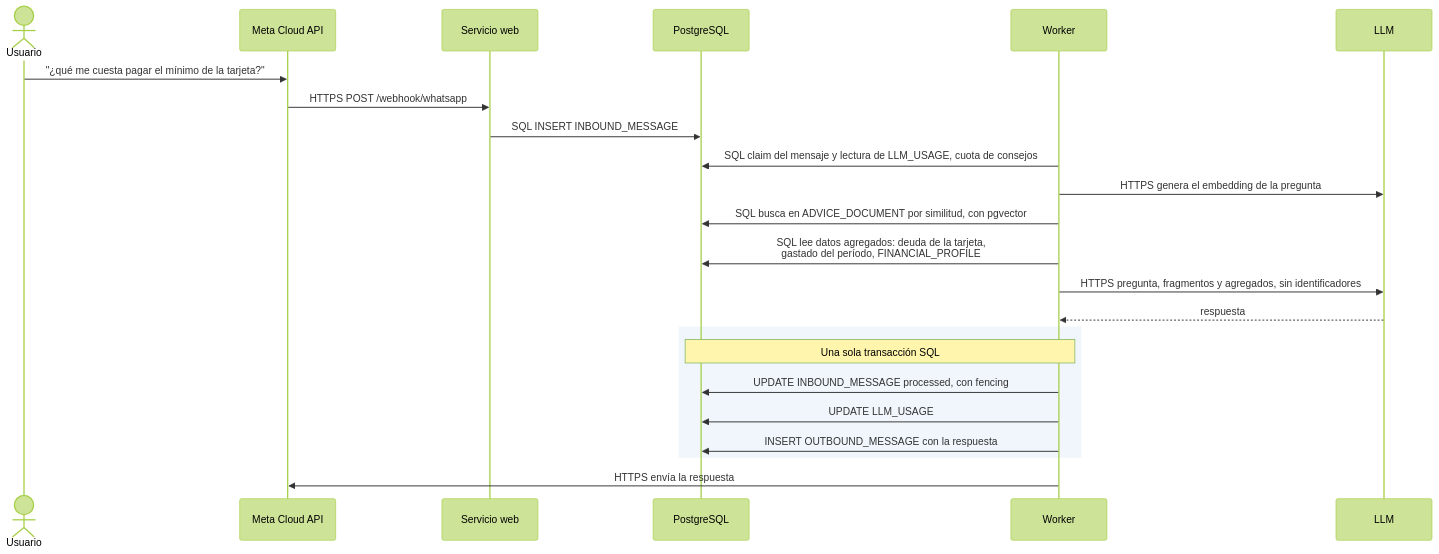
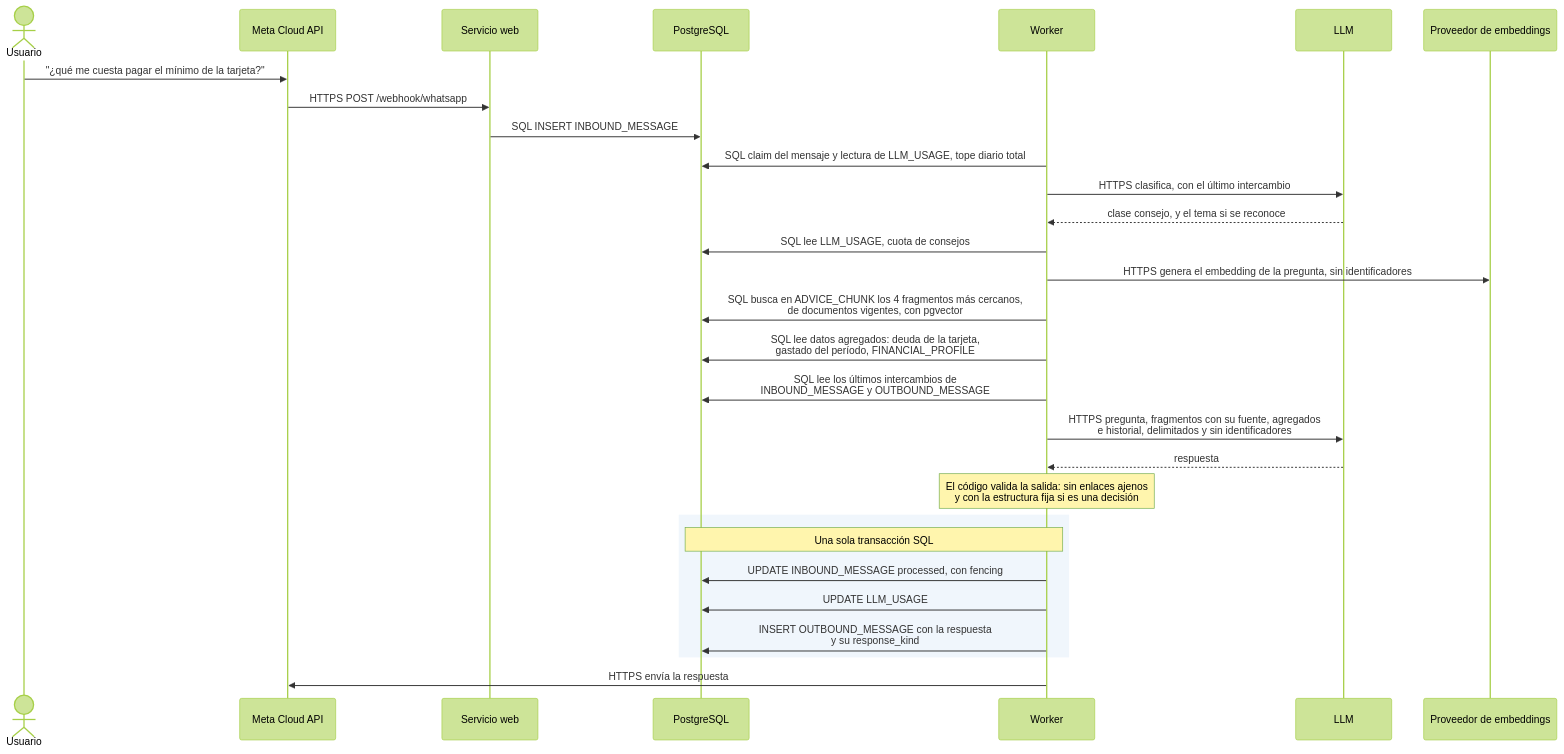
The tenth of 12 diagrams in docs/recorrido-completo.md (verozacarias-prog/AI4Devs-finalproject), drawn with Mermaid (forest theme) before and after one commit. The commit also changed other lines of this file and 25 other files, not shown here.

````diff
--- a/docs/recorrido-completo.md
+++ b/docs/recorrido-completo.md
@@ -382,26 +433,32 @@
 ```mermaid
 sequenceDiagram
     actor U as Usuario
     participant M as Meta Cloud API
     participant API as Servicio web
     participant DB as PostgreSQL
     participant W as Worker
     participant L as LLM
+    participant E as Proveedor de embeddings
 
     U->>M: "¿qué me cuesta pagar el mínimo de la tarjeta?"
     M->>API: HTTPS POST /webhook/whatsapp
     API->>DB: SQL INSERT INBOUND_MESSAGE
-    W->>DB: SQL claim del mensaje y lectura de LLM_USAGE, cuota de consejos
-    W->>L: HTTPS genera el embedding de la pregunta
-    W->>DB: SQL busca en ADVICE_DOCUMENT por similitud, con pgvector
+    W->>DB: SQL claim del mensaje y lectura de LLM_USAGE, tope diario total
+    W->>L: HTTPS clasifica, con el último intercambio
+    L-->>W: clase consejo, y el tema si se reconoce
+    W->>DB: SQL lee LLM_USAGE, cuota de consejos
+    W->>E: HTTPS genera el embedding de la pregunta, sin identificadores
+    W->>DB: SQL busca en ADVICE_CHUNK los 4 fragmentos más cercanos,<br/>de documentos vigentes, con pgvector
     W->>DB: SQL lee datos agregados: deuda de la tarjeta,<br/>gastado del período, FINANCIAL_PROFILE
-    W->>L: HTTPS pregunta, fragmentos y agregados, sin identificadores
+    W->>DB: SQL lee los últimos intercambios de<br/>INBOUND_MESSAGE y OUTBOUND_MESSAGE
+    W->>L: HTTPS pregunta, fragmentos con su fuente, agregados<br/>e historial, delimitados y sin identificadores
     L-->>W: respuesta
+    Note over W: El código valida la salida: sin enlaces ajenos<br/>y con la estructura fija si es una decisión
     rect rgb(240, 246, 252)
         Note over W,DB: Una sola transacción SQL
         W->>DB: UPDATE INBOUND_MESSAGE processed, con fencing
         W->>DB: UPDATE LLM_USAGE
-        W->>DB: INSERT OUTBOUND_MESSAGE con la respuesta
+        W->>DB: INSERT OUTBOUND_MESSAGE con la respuesta<br/>y su response_kind
     end
     W->>M: HTTPS envía la respuesta
 ```
````
